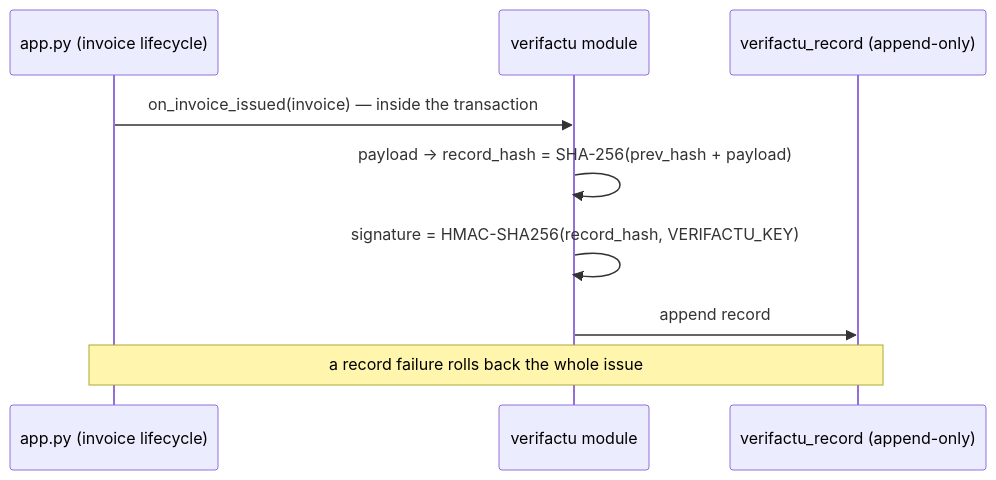
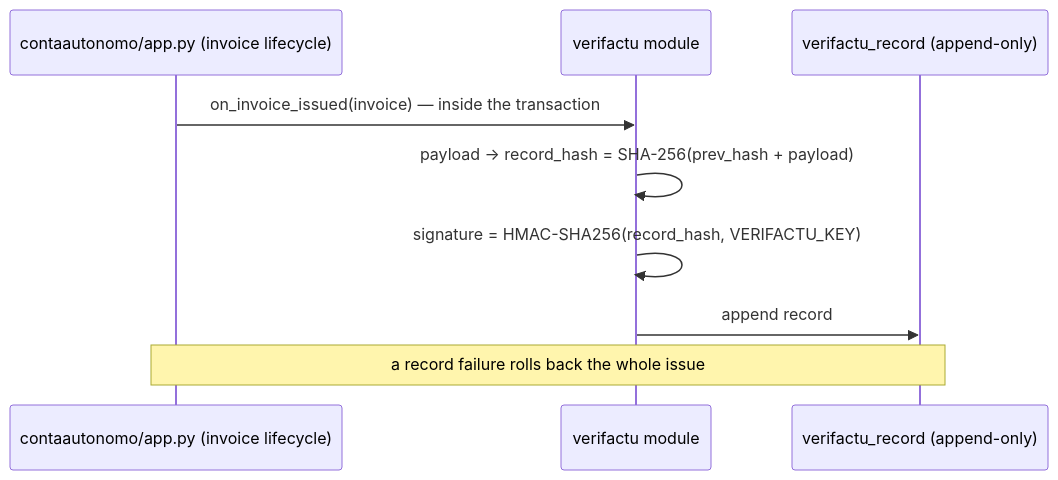
The diagram in modules/verifactu/README.md (mborchuk/ContaAutonomo), drawn with Mermaid before and after one commit. The commit also changed 194 other files, not shown here.

First line of the commit message:
refactor: the core moves into the contaautonomo package (#196)

````diff
--- a/modules/verifactu/README.md
+++ b/modules/verifactu/README.md
@@ -20,12 +20,12 @@
 ```mermaid
 sequenceDiagram
-    participant Core as app.py (invoice lifecycle)
+    participant Core as contaautonomo/app.py (invoice lifecycle)
     participant VF as verifactu module
     participant DB as verifactu_record (append-only)
 
     Core->>VF: on_invoice_issued(invoice)  — inside the transaction
     VF->>VF: payload → record_hash = SHA-256(prev_hash + payload)
     VF->>VF: signature = HMAC-SHA256(record_hash, VERIFACTU_KEY)
     VF->>DB: append record
     Note over Core,DB: a record failure rolls back the whole issue
 ```
````
